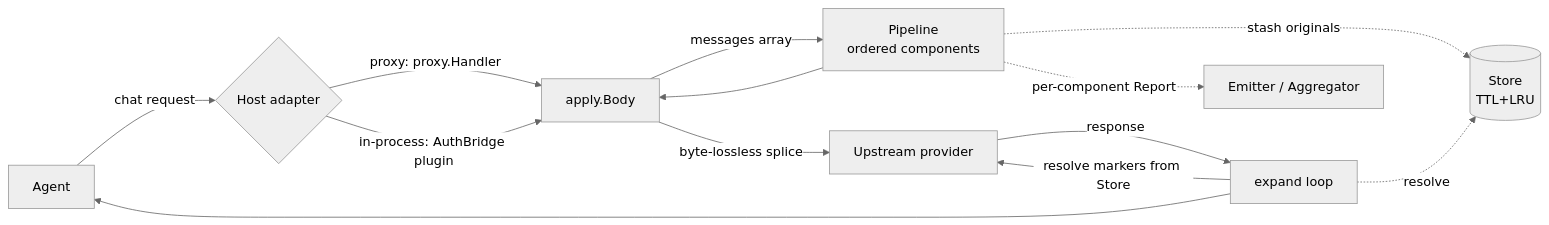
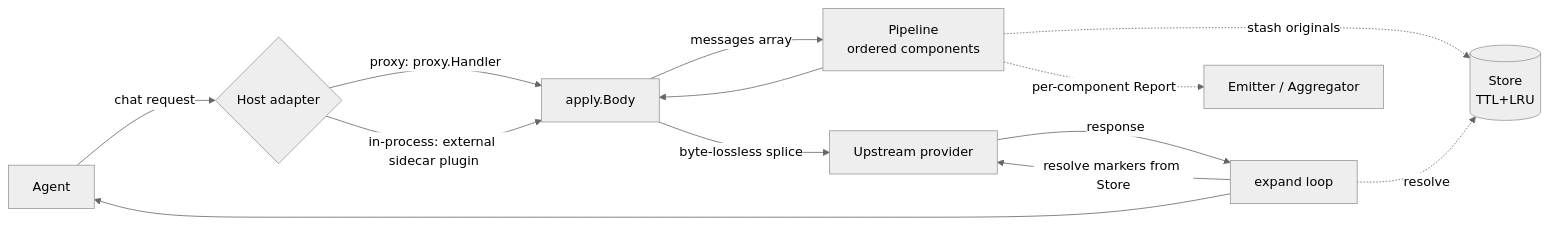
The first of 2 diagrams in docs/more.md (itay-nakash/context-guru), drawn with Mermaid (neutral theme) before and after one commit. The commit also changed other lines of this file and 74 other files, not shown here.

First line of the commit message:
docs: cut internal/dated content and generalize the sidecar-plugin references (#285)

````diff
--- a/docs/more.md
+++ b/docs/more.md
@@ -50,15 +50,15 @@
 ```mermaid
 flowchart LR
   A[Agent] -->|chat request| H{Host adapter}
   H -->|proxy: proxy.Handler| P[apply.Body]
-  H -->|in-process: AuthBridge plugin| P
+  H -->|in-process: external sidecar plugin| P
   P -->|messages array| PIPE[Pipeline<br/>ordered components]
   PIPE --> P
   P -->|byte-lossless splice| UP[Upstream provider]
   UP -->|response| EX[expand loop]
   EX -->|resolve markers from Store| UP
   EX --> A
   PIPE -.per-component Report.-> M[Emitter / Aggregator]
   PIPE -.stash originals.-> S[(Store<br/>TTL+LRU)]
   EX -.resolve.-> S
 ```
````
